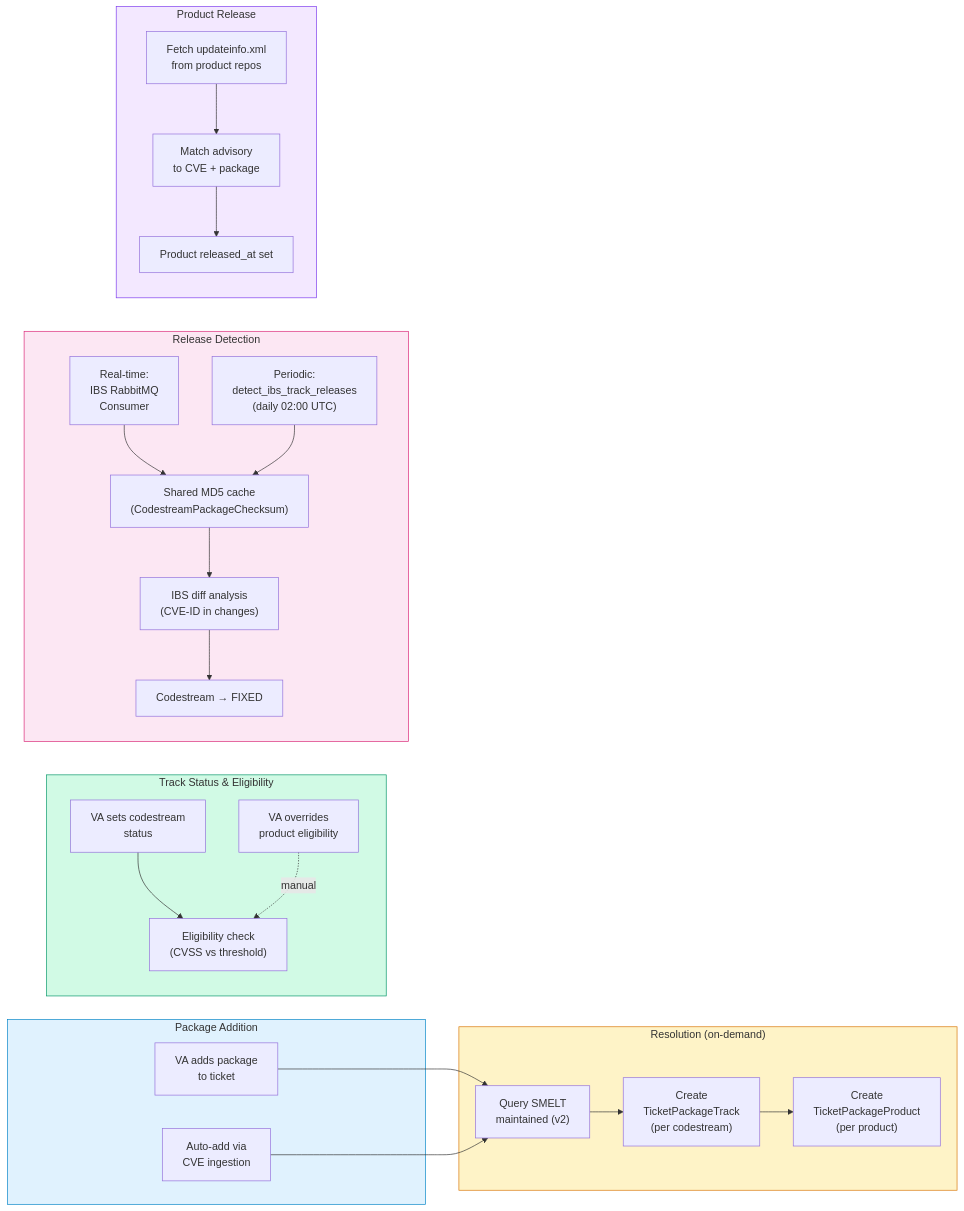
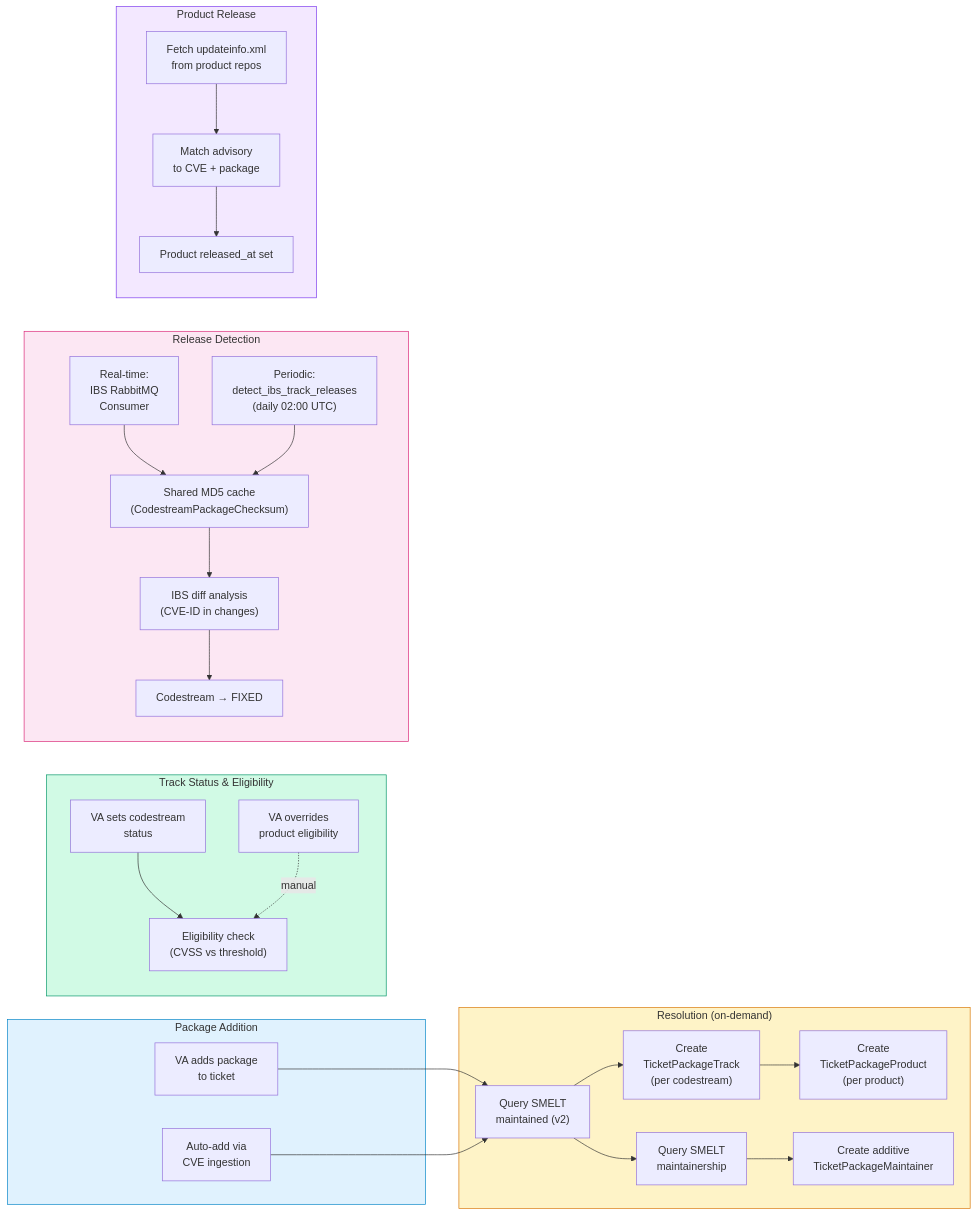
Before and after one commit to StayPirate/STAMP: the fourth of 7 diagrams in docs/system-map.md, drawn with Mermaid. The commit also changed other lines of this file and 20 other files, not shown here.

Commit message:
docs: define package maintainership contract (#441)

````diff
--- a/docs/system-map.md
+++ b/docs/system-map.md
@@ -490,54 +482,57 @@
 ```mermaid
 flowchart LR
     subgraph add_pkg["Package Addition"]
         VA_ADD["VA adds package<br/>to ticket"]
         CPE_MATCH["Auto-add via<br/>CVE ingestion"]
     end
 
     subgraph resolve["Resolution (on-demand)"]
         SMELT_Q["Query SMELT<br/>maintained (v2)"]
+        SMELT_M["Query SMELT<br/>maintainership"]
         CREATE_CS["Create<br/>TicketPackageTrack<br/>(per codestream)"]
         CREATE_PR["Create<br/>TicketPackageProduct<br/>(per product)"]
+        CREATE_PM["Create additive<br/>TicketPackageMaintainer"]
     end
 
     subgraph status["Track Status & Eligibility"]
         VA_SET["VA sets codestream<br/>status"]
         ELIG["Eligibility check<br/>(CVSS vs threshold)"]
         ELIG_OVR["VA overrides<br/>product eligibility"]
     end
 
     subgraph release["Release Detection"]
         direction TB
         RT["Real-time:<br/>IBS RabbitMQ<br/>Consumer"]
         PERIODIC["Periodic:<br/>detect_ibs_track_releases<br/>(daily 02:00 UTC)"]
         MD5["Shared MD5 cache<br/>(CodestreamPackageChecksum)"]
         DIFF["IBS diff analysis<br/>(CVE-ID in changes)"]
         CS_REL["Codestream → FIXED"]
 
         RT --> MD5
         PERIODIC --> MD5
         MD5 --> DIFF
         DIFF --> CS_REL
     end
 
     subgraph prod_release["Product Release"]
         UINFO["Fetch updateinfo.xml<br/>from product repos"]
         MATCH["Match advisory<br/>to CVE + package"]
         PR_REL["Product released_at set"]
 
         UINFO --> MATCH --> PR_REL
     end
 
     VA_ADD --> SMELT_Q
     CPE_MATCH --> SMELT_Q
     SMELT_Q --> CREATE_CS --> CREATE_PR
+    SMELT_Q --> SMELT_M --> CREATE_PM
 
     VA_SET --> ELIG
     ELIG_OVR -.->|manual| ELIG
 
     style add_pkg fill:#e0f2fe,stroke:#0284c7
     style resolve fill:#fef3c7,stroke:#d97706
     style status fill:#d1fae5,stroke:#059669
     style release fill:#fce7f3,stroke:#db2777
     style prod_release fill:#f3e8ff,stroke:#7c3aed
 ```
````
